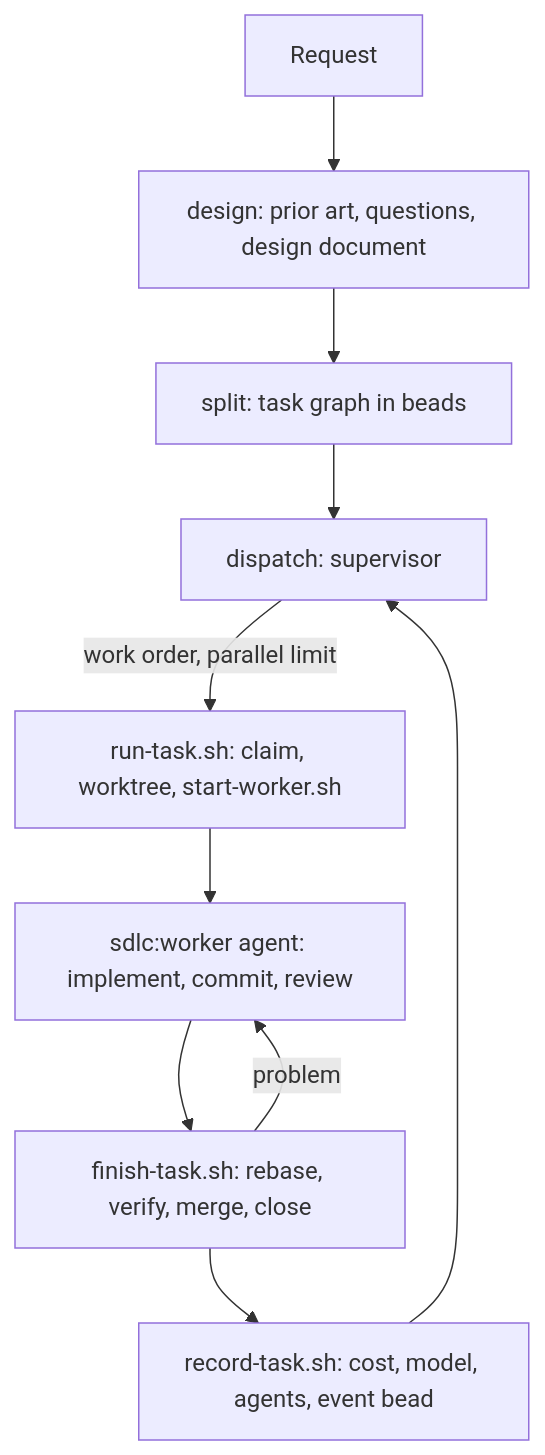
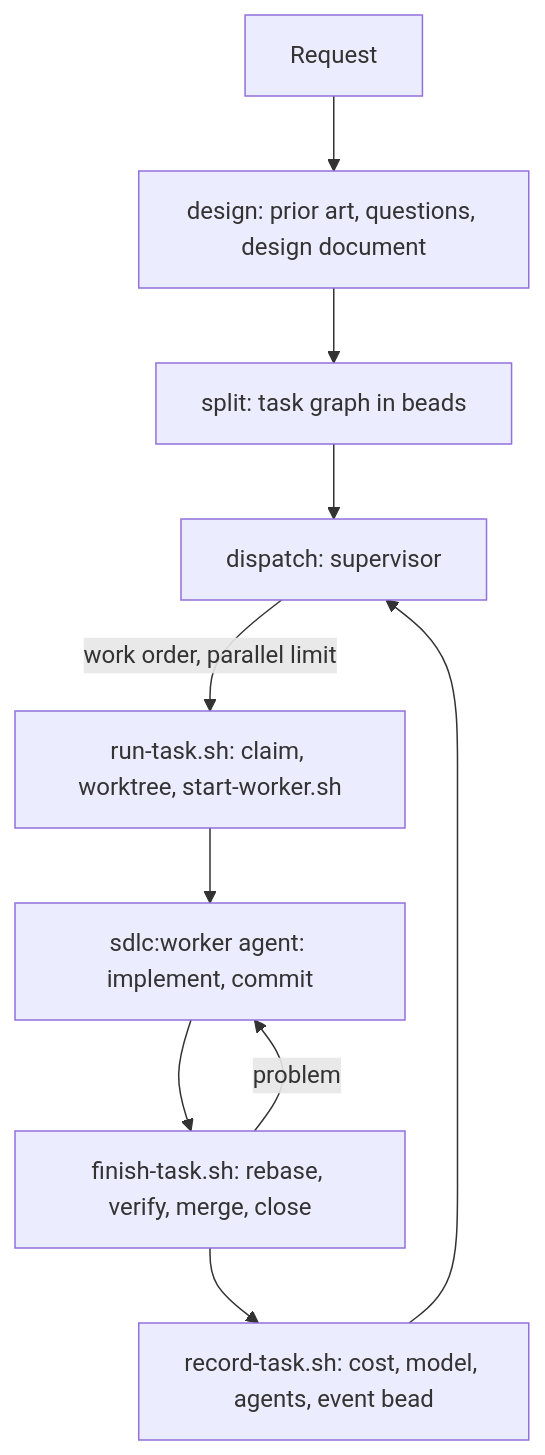
Before and after one commit to Igosuki/agentic-sdlc: the diagram in docs/workflow.md, drawn with Mermaid. The commit also changed other lines of this file and 2 other files, not shown here.

Commit message:
Workers don't start their own review
finish-task.sh runs the review a task's level asks for. The worker agent also
told workers to review their change when worthwhile, and the user's CLAUDE.md
asks for a reviewer after implementation, so a review=agent task was reviewed
twice (sandbox flow-20260916-105143). The worker and integrator agents now say
not to, even when CLAUDE.md asks. Checked on a review=agent task: the worker
started no subagent, and finish-task.sh's review ran once.

````diff
--- a/docs/workflow.md
+++ b/docs/workflow.md
@@ -5,12 +5,12 @@
 ```mermaid
 flowchart TD
   A[Request] --> B[design: prior art, questions, design document]
   B --> C[split: task graph in beads]
   C --> D[dispatch: supervisor]
   D -->|work order, parallel limit| E[run-task.sh: claim, worktree, start-worker.sh]
-  E --> F[sdlc:worker agent: implement, commit, review]
+  E --> F[sdlc:worker agent: implement, commit]
   F --> G[finish-task.sh: rebase, verify, merge, close]
   G -->|problem| F
   G --> H[record-task.sh: cost, model, agents, event bead]
   H --> D
 ```
````
